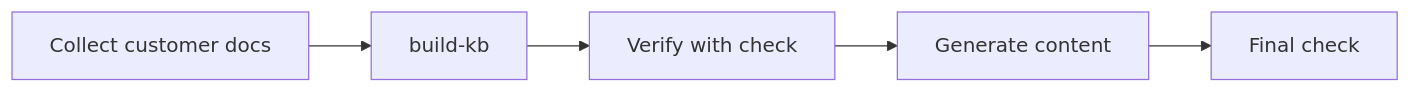
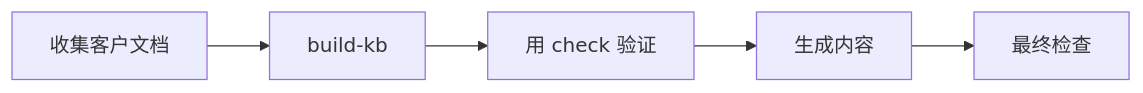
One commit to Suyin1/Jarvis changed the first of 2 diagrams in Docs/资料解决方案项目/03-系统项目/USAGE.md. Above: the diagram before and after it, drawn with Mermaid. The commit also changed other lines of this file and 10 other files, not shown here.

````diff
--- a/Docs/资料解决方案项目/03-系统项目/USAGE.md
+++ b/Docs/资料解决方案项目/03-系统项目/USAGE.md
@@ -30,7 +30,7 @@
 ```mermaid
 flowchart LR
-    A[Collect customer docs] --> B[build-kb]
-    B --> C[Verify with check]
-    C --> D[Generate content]
-    D --> E[Final check]
+    A[收集客户文档] --> B[build-kb]
+    B --> C[用 check 验证]
+    C --> D[生成内容]
+    D --> E[最终检查]
 ```
````
